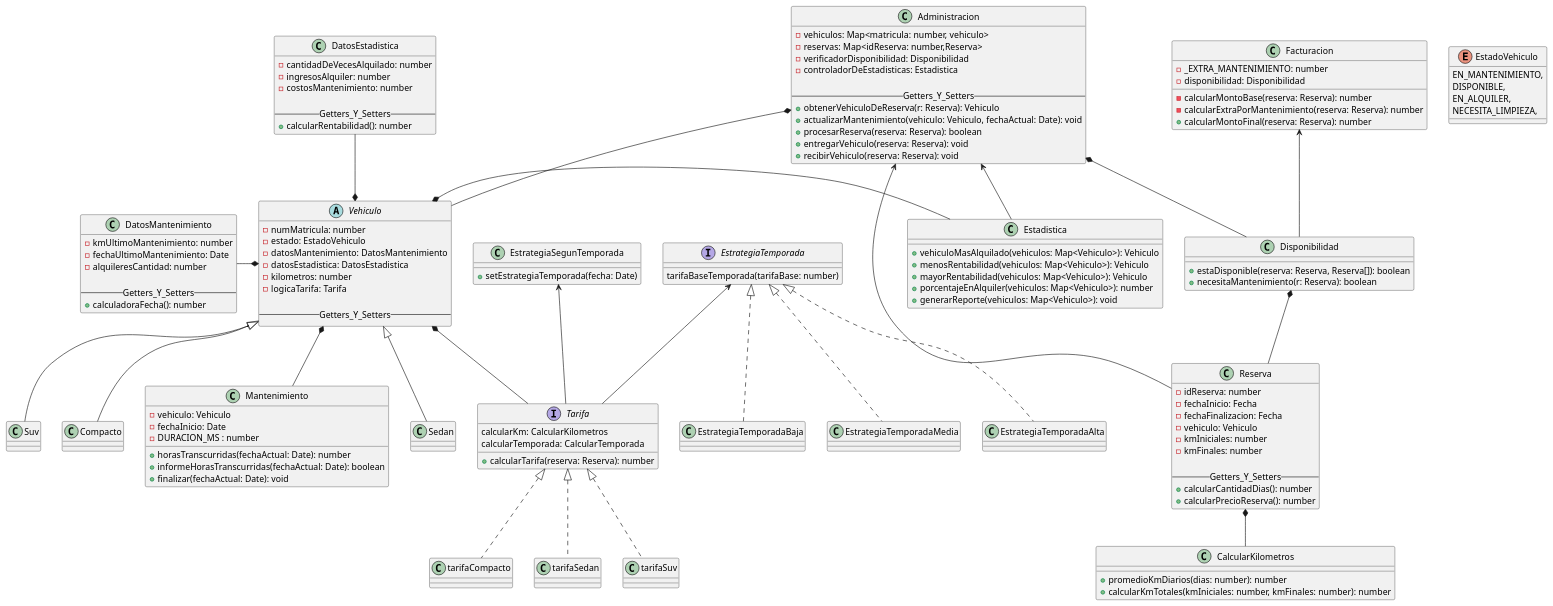
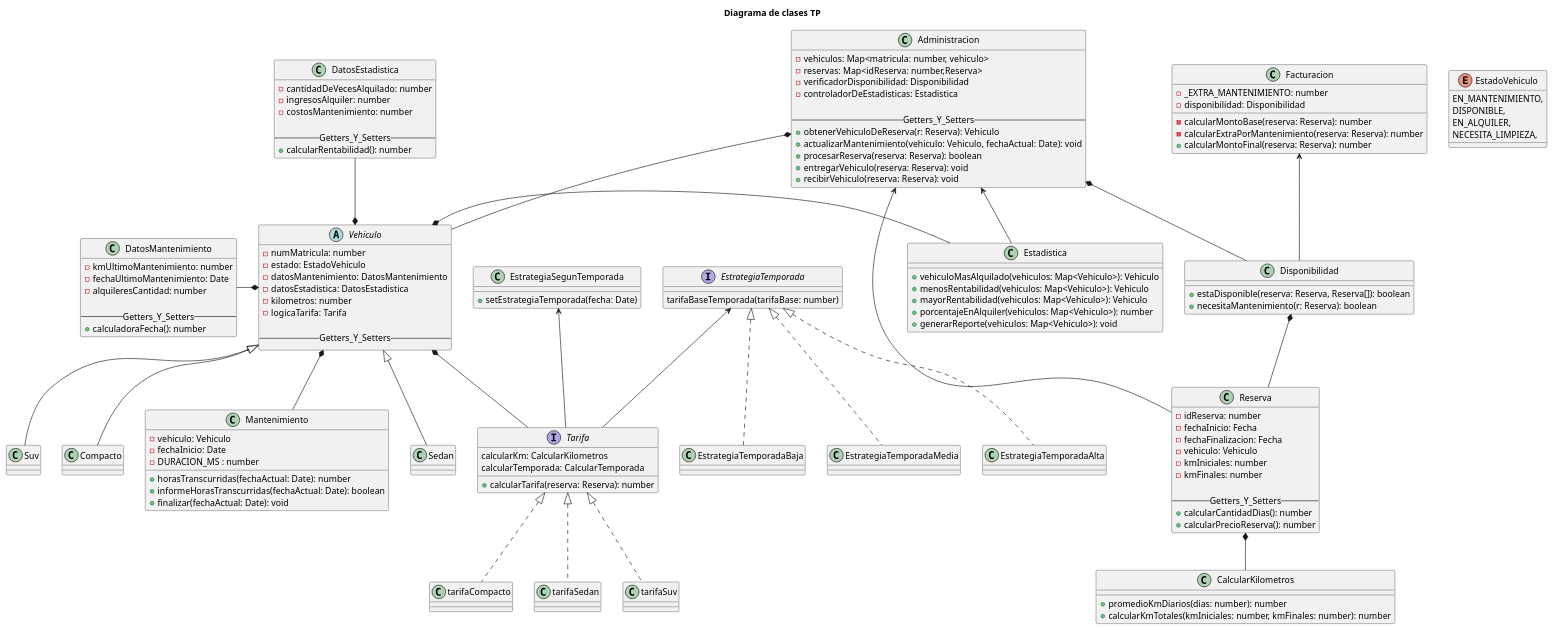
The diagram in diagramas/clases/clases.puml (Nash-Blip/Programaci-n-II), drawn with PlantUML before and after one commit. The commit also changed 1 other file, not shown here.

```diff
--- a/diagramas/clases/clases.puml
+++ b/diagramas/clases/clases.puml
@@ -1,150 +1,152 @@
-@startuml name prototipoTP
+@startuml name diagramaTp
+
+title Diagrama de clases TP
 
 abstract class Vehiculo{
     - numMatricula: number
     - estado: EstadoVehiculo
     - datosMantenimiento: DatosMantenimiento
     - datosEstadistica: DatosEstadistica
     - kilometros: number
     - logicaTarifa: Tarifa
 
     --Getters_Y_Setters--
 }
 
 class Sedan extends Vehiculo{}
 class Suv extends Vehiculo{}
 class Compacto extends Vehiculo{}
 
 class EstrategiaSegunTemporada{
     +setEstrategiaTemporada(fecha: Date)
 }
 
 interface EstrategiaTemporada{
     tarifaBaseTemporada(tarifaBase: number)
 }
 
 class EstrategiaTemporadaAlta implements EstrategiaTemporada{}
 
 class EstrategiaTemporadaBaja implements EstrategiaTemporada{}
 
 class EstrategiaTemporadaMedia implements EstrategiaTemporada{}
 
 class DatosEstadistica{
     -cantidadDeVecesAlquilado: number
     -ingresosAlquiler: number
     -costosMantenimiento: number
 
     --Getters_Y_Setters--
     +calcularRentabilidad(): number
 }
 
 class Mantenimiento{
     - vehiculo: Vehiculo
     - fechaInicio: Date
     - DURACION_MS : number
 
     +horasTranscurridas(fechaActual: Date): number
     +informeHorasTranscurridas(fechaActual: Date): boolean
     +finalizar(fechaActual: Date): void
 }
 
 class DatosMantenimiento{
     -kmUltimoMantenimiento: number
     -fechaUltimoMantenimiento: Date 
     -alquileresCantidad: number
 
     --Getters_Y_Setters--
     + calculadoraFecha(): number
 }
 
 interface Tarifa{
     calcularKm: CalcularKilometros
     calcularTemporada: CalcularTemporada
     +calcularTarifa(reserva: Reserva): number
 }
 
 class tarifaSuv implements Tarifa{}
 
 class tarifaCompacto implements Tarifa{}
 
 class tarifaSedan implements Tarifa{}
 
 class Reserva{
     -idReserva: number
     -fechaInicio: Fecha
     -fechaFinalizacion: Fecha
     -vehiculo: Vehiculo
     -kmIniciales: number
     -kmFinales: number
 
     --Getters_Y_Setters--
     +calcularCantidadDias(): number
     +calcularPrecioReserva(): number
 }
 
 class CalcularKilometros{
     +promedioKmDiarios(dias: number): number
     +calcularKmTotales(kmIniciales: number, kmFinales: number): number
 }
 
 enum EstadoVehiculo{
     EN_MANTENIMIENTO,
     DISPONIBLE,
     EN_ALQUILER,
     NECESITA_LIMPIEZA,
 }
 
 class Facturacion {
     - _EXTRA_MANTENIMIENTO: number
     - disponibilidad: Disponibilidad
 
     - calcularMontoBase(reserva: Reserva): number
     - calcularExtraPorMantenimiento(reserva: Reserva): number
     + calcularMontoFinal(reserva: Reserva): number
 }
 
 class Administracion{
     -vehiculos: Map<matricula: number, vehiculo>
     -reservas: Map<idReserva: number,Reserva>
     -verificadorDisponibilidad: Disponibilidad
     -controladorDeEstadisticas: Estadistica
 
     --Getters_Y_Setters--
     +obtenerVehiculoDeReserva(r: Reserva): Vehiculo
     +actualizarMantenimiento(vehiculo: Vehiculo, fechaActual: Date): void
     +procesarReserva(reserva: Reserva): boolean
     +entregarVehiculo(reserva: Reserva): void
     +recibirVehiculo(reserva: Reserva): void
 }
 
 class Disponibilidad{
     + estaDisponible(reserva: Reserva, Reserva[]): boolean
     + necesitaMantenimiento(r: Reserva): boolean
 }
 
 class Estadistica{
     + vehiculoMasAlquilado(vehiculos: Map<Vehiculo>): Vehiculo
     + menosRentabilidad(vehiculos: Map<Vehiculo>): Vehiculo
     + mayorRentabilidad(vehiculos: Map<Vehiculo>): Vehiculo
     + porcentajeEnAlquiler(vehiculos: Map<Vehiculo>): number
     + generarReporte(vehiculos: Map<Vehiculo>): void
 }
 
 
 ' Relaciones
 Vehiculo *-- Tarifa
 Administracion *-- Vehiculo
 Disponibilidad *-- Reserva
 Reserva *-- CalcularKilometros
 Administracion *-- Disponibilidad
 Administracion <-- Reserva
 Vehiculo *-u- DatosEstadistica
 Vehiculo *-l- DatosMantenimiento
 Vehiculo *-r- Estadistica
 EstrategiaSegunTemporada <-- Tarifa
 EstrategiaTemporada <-- Tarifa
 Vehiculo *-- Mantenimiento
 Administracion <-- Estadistica
 Facturacion <-- Disponibilidad
 
 @enduml
```
